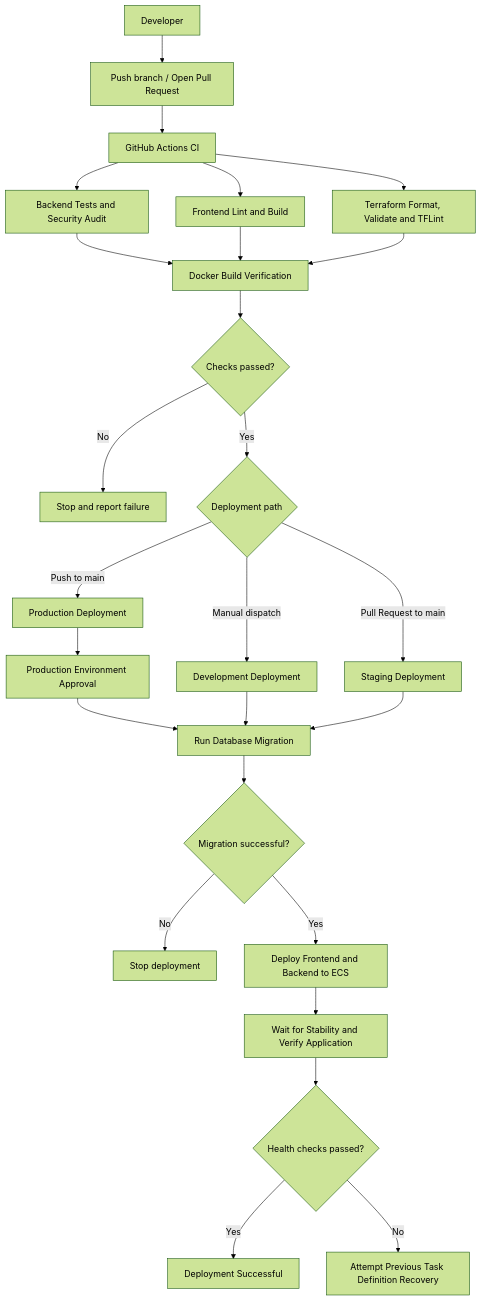
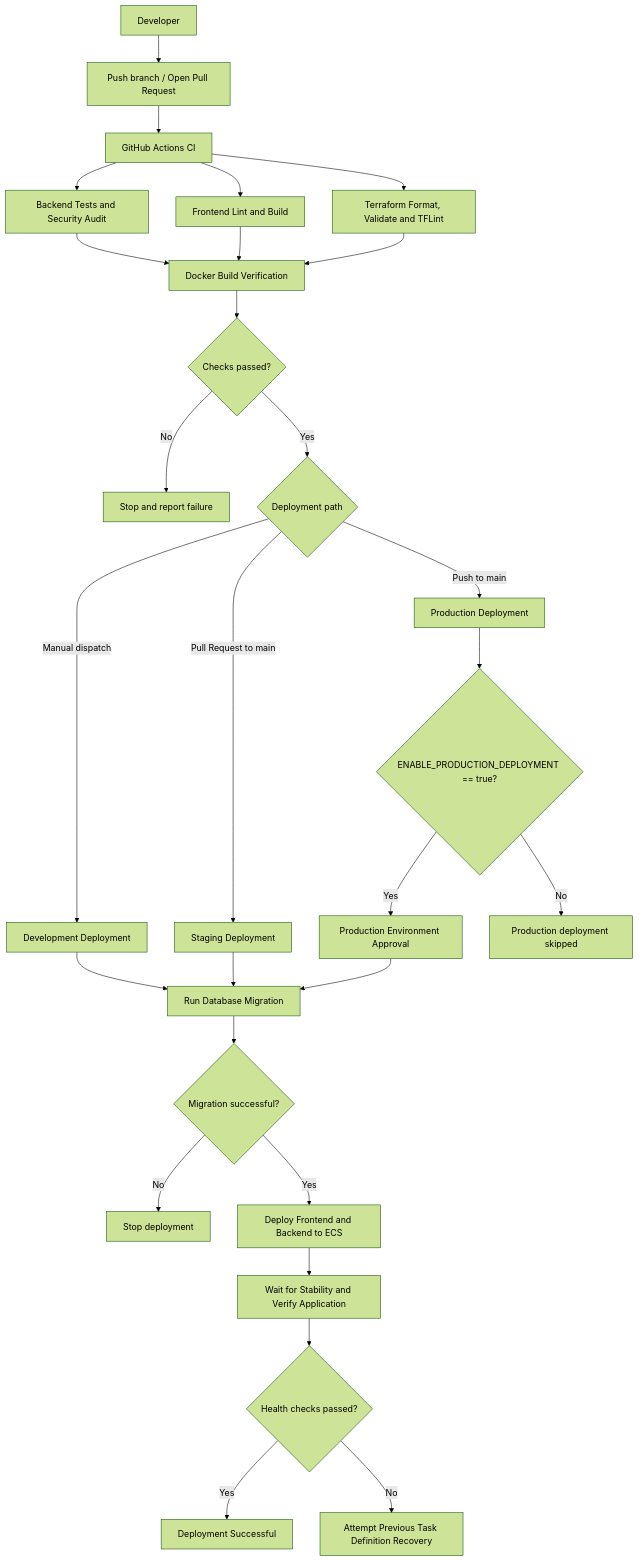
Before and after one commit to HiteshGupta03/infra-as-code-pipeline: the second of 2 diagrams in README.md, drawn with Mermaid (forest theme). The commit also changed other lines of this file and 3 other files, not shown here.

Commit message:
Add production deployment safety guard

````diff
--- a/README.md
+++ b/README.md
@@ -70,28 +70,30 @@
 ```mermaid
 flowchart TD
     DEV["Developer"] --> PUSH["Push branch / Open Pull Request"]
     PUSH --> CI["GitHub Actions CI"]
     CI --> TEST["Backend Tests and Security Audit"]
     CI --> FRONT["Frontend Lint and Build"]
     CI --> TF["Terraform Format, Validate and TFLint"]
     TEST --> BUILD["Docker Build Verification"]
     FRONT --> BUILD
     TF --> BUILD
     BUILD --> PASS{"Checks passed?"}
     PASS -->|No| FAIL["Stop and report failure"]
     PASS -->|Yes| ROUTE{"Deployment path"}
     ROUTE -->|Manual dispatch| DEVDEP["Development Deployment"]
     ROUTE -->|Pull Request to main| STAGE["Staging Deployment"]
     ROUTE -->|Push to main| PROD["Production Deployment"]
-    PROD --> APPROVE["Production Environment Approval"]
+    PROD --> PRODGUARD{"ENABLE_PRODUCTION_DEPLOYMENT == true?"}
+    PRODGUARD -->|Yes| APPROVE["Production Environment Approval"]
+    PRODGUARD -->|No| DISABLED["Production deployment skipped"]
     APPROVE --> MIGRATE["Run Database Migration"]
     DEVDEP --> MIGRATE
     STAGE --> MIGRATE
     MIGRATE --> SUCCESSM{"Migration successful?"}
     SUCCESSM -->|No| STOP["Stop deployment"]
     SUCCESSM -->|Yes| DEPLOY["Deploy Frontend and Backend to ECS"]
     DEPLOY --> VERIFY["Wait for Stability and Verify Application"]
     VERIFY --> HEALTH{"Health checks passed?"}
     HEALTH -->|Yes| DONE["Deployment Successful"]
     HEALTH -->|No| ROLLBACK["Attempt Previous Task Definition Recovery"]
 ```
````
